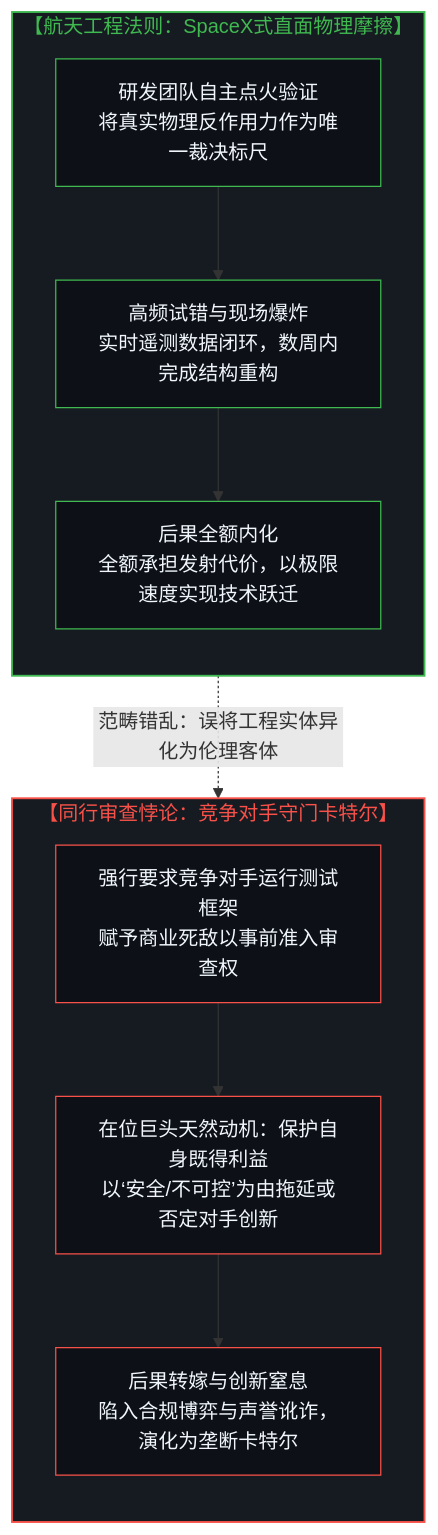
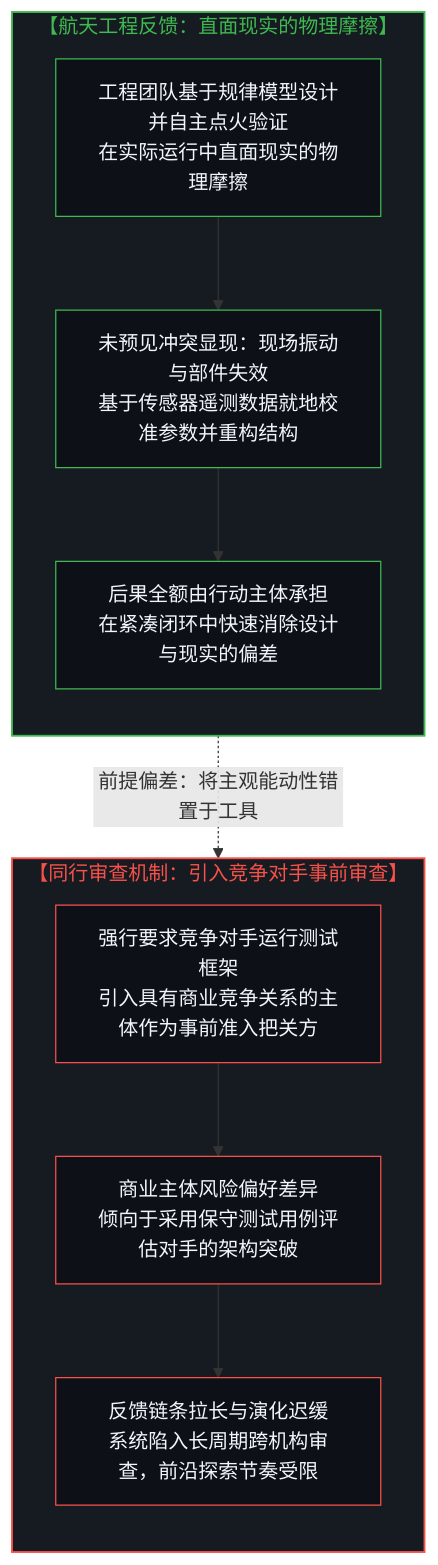
One commit to powerpig99/not-a-toe changed the first of 5 diagrams in content/posts/the-dilution-of-the-causal-loop-and-the-misallocation-of-agency.md. Above: the diagram before and after it, drawn with Mermaid. The commit also changed other lines of this file and 4 other files, not shown here.

````diff
--- a/content/posts/the-dilution-of-the-causal-loop-and-the-misallocation-of-agency.md
+++ b/content/posts/the-dilution-of-the-causal-loop-and-the-misallocation-of-agency.md
@@ -23,29 +35,29 @@
 ```mermaid
 graph TD
-    subgraph S_SpaceX["【航天工程法则：SpaceX式直面物理摩擦】"]
+    subgraph S_SpaceX["【航天工程反馈：直面现实的物理摩擦】"]
         direction TB
-        A1["研发团队自主点火验证<br/>将真实物理反作用力作为唯一裁决标尺"]
-        A2["高频试错与现场爆炸<br/>实时遥测数据闭环，数周内完成结构重构"]
-        A3["后果全额内化<br/>全额承担发射代价，以极限速度实现技术跃迁"]
+        A1["工程团队基于规律模型设计并自主点火验证<br/>在实际运行中直面现实的物理摩擦"]
+        A2["未预见冲突显现：现场振动与部件失效<br/>基于传感器遥测数据就地校准参数并重构结构"]
+        A3["后果全额由行动主体承担<br/>在紧凑闭环中快速消除设计与现实的偏差"]
         A1 --> A2 --> A3
     end
 
-    subgraph S_Cartel["【同行审查悖论：竞争对手守门卡特尔】"]
+    subgraph S_PeerReview["【同行审查机制：引入竞争对手事前审查】"]
         direction TB
-        B1["强行要求竞争对手运行测试框架<br/>赋予商业死敌以事前准入审查权"]
-        B2["在位巨头天然动机：保护自身既得利益<br/>以‘安全/不可控’为由拖延或否定对手创新"]
-        B3["后果转嫁与创新窒息<br/>陷入合规博弈与声誉讹诈，演化为垄断卡特尔"]
+        B1["强行要求竞争对手运行测试框架<br/>引入具有商业竞争关系的主体作为事前准入把关方"]
+        B2["商业主体风险偏好差异<br/>倾向于采用保守测试用例评估对手的架构突破"]
+        B3["反馈链条拉长与演化迟缓<br/>系统陷入长周期跨机构审查，前沿探索节奏受限"]
         B1 --> B2 --> B3
     end
 
-    A1 -.->|"范畴错乱：误将工程实体异化为伦理客体"| B1
+    A1 -.->|"前提偏差：将主观能动性错置于工具"| B1
 
     style S_SpaceX fill:#161b22,stroke:#3fb950,stroke-width:1.5px,color:#3fb950
-    style S_Cartel fill:#161b22,stroke:#f85149,stroke-width:1.5px,color:#f85149
+    style S_PeerReview fill:#161b22,stroke:#f85149,stroke-width:1.5px,color:#f85149
     style A1 fill:#0d1117,stroke:#3fb950,stroke-width:1px,color:#f0f6fc
     style A2 fill:#0d1117,stroke:#3fb950,stroke-width:1px,color:#f0f6fc
     style A3 fill:#0d1117,stroke:#3fb950,stroke-width:1px,color:#f0f6fc
     style B1 fill:#0d1117,stroke:#f85149,stroke-width:1px,color:#f0f6fc
     style B2 fill:#0d1117,stroke:#f85149,stroke-width:1px,color:#f0f6fc
     style B3 fill:#0d1117,stroke:#f85149,stroke-width:1px,color:#f0f6fc
 ```
````
